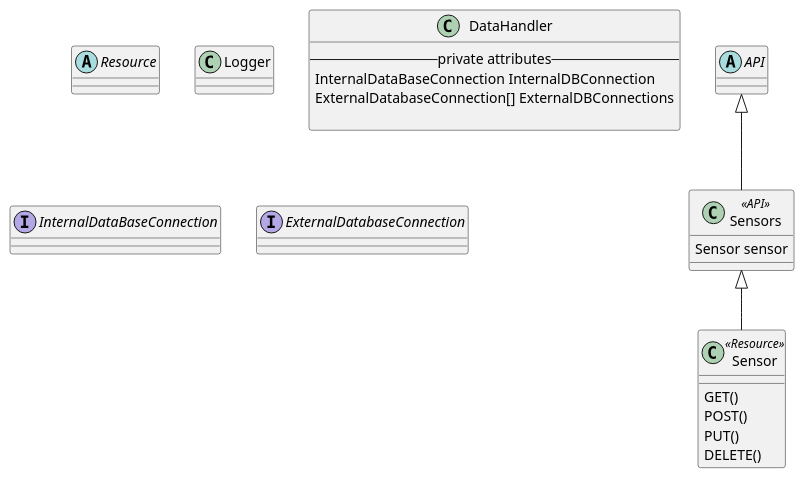
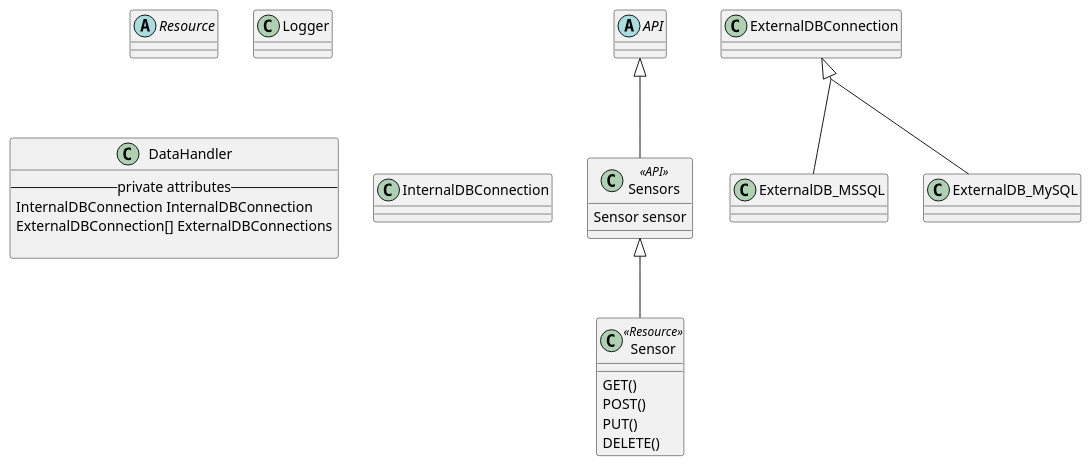
Before and after one commit to CharisGrubb/SensorCommandCenter: the diagram in Documentation/UML/SCC.puml, drawn with PlantUML. The commit also changed 1 other file, not shown here.

```diff
--- a/Documentation/UML/SCC.puml
+++ b/Documentation/UML/SCC.puml
@@ -1,35 +1,41 @@
 @startuml 
-
+skinparam groupInheritance 2
 
 API <|-- Sensors
 Sensors <|-- Sensor
 
 abstract API{}
 abstract Resource{}
 
 
 class Logger{
 
 }
 
 class DataHandler{
     --private attributes--
-    InternalDataBaseConnection InternalDBConnection
-    ExternalDatabaseConnection[] ExternalDBConnections
+    InternalDBConnection InternalDBConnection
+    ExternalDBConnection[] ExternalDBConnections
 
 }
 
 class Sensors <<API>>{
     Sensor sensor
 }
 class Sensor <<Resource>>{
     GET()
     POST()
     PUT()
     DELETE()
 }
 
-Interface InternalDataBaseConnection
-Interface ExternalDatabaseConnection
+
+class InternalDBConnection{}
+class ExternalDBConnection {}
+class ExternalDB_MSSQL{}
+class ExternalDB_MySQL{}
+
+class ExternalDB_MSSQL extends ExternalDBConnection
+class ExternalDB_MySQL extends ExternalDBConnection
 
 @enduml
```
